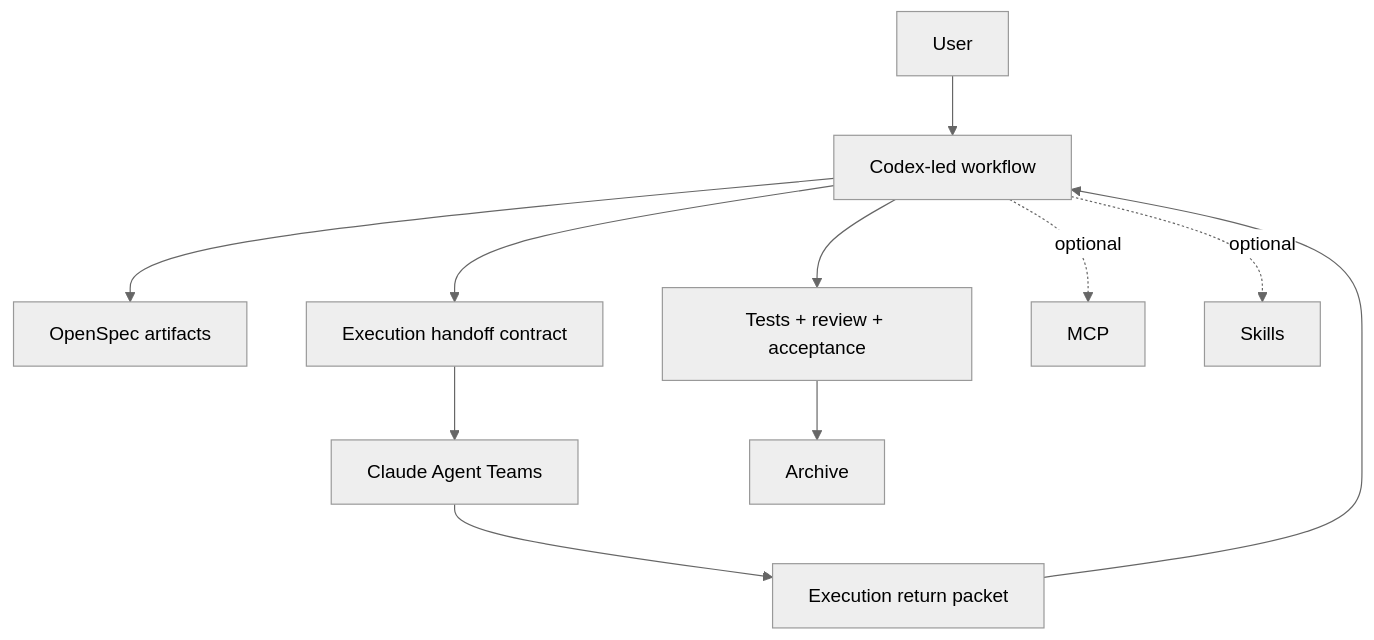
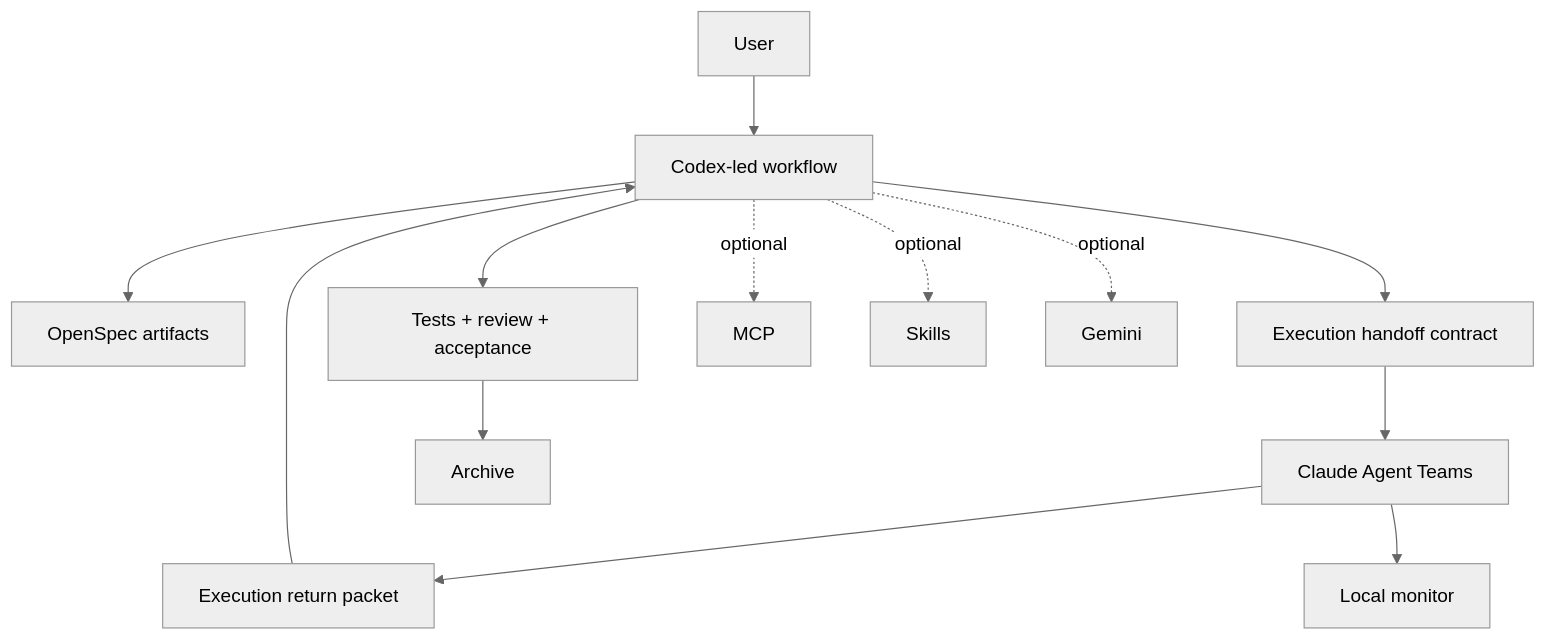
Before and after one commit to Catsofsuffering/ccsm: the diagram in README.md, drawn with Mermaid (neutral theme). The commit also changed other lines of this file and 5 other files, not shown here.

````diff
--- a/README.md
+++ b/README.md
@@ -133,13 +190,15 @@
 ```mermaid
 graph TD
     User["User"] --> Codex["Codex-led workflow"]
     Codex --> OpenSpec["OpenSpec artifacts"]
     Codex --> Contract["Execution handoff contract"]
     Contract --> Claude["Claude Agent Teams"]
     Claude --> Packet["Execution return packet"]
     Packet --> Codex
     Codex --> Verify["Tests + review + acceptance"]
     Verify --> Archive["Archive"]
+    Claude --> Monitor["Local monitor"]
     Codex -. optional .-> MCP["MCP"]
     Codex -. optional .-> Skills["Skills"]
+    Codex -. optional .-> Gemini["Gemini"]
 ```
````
